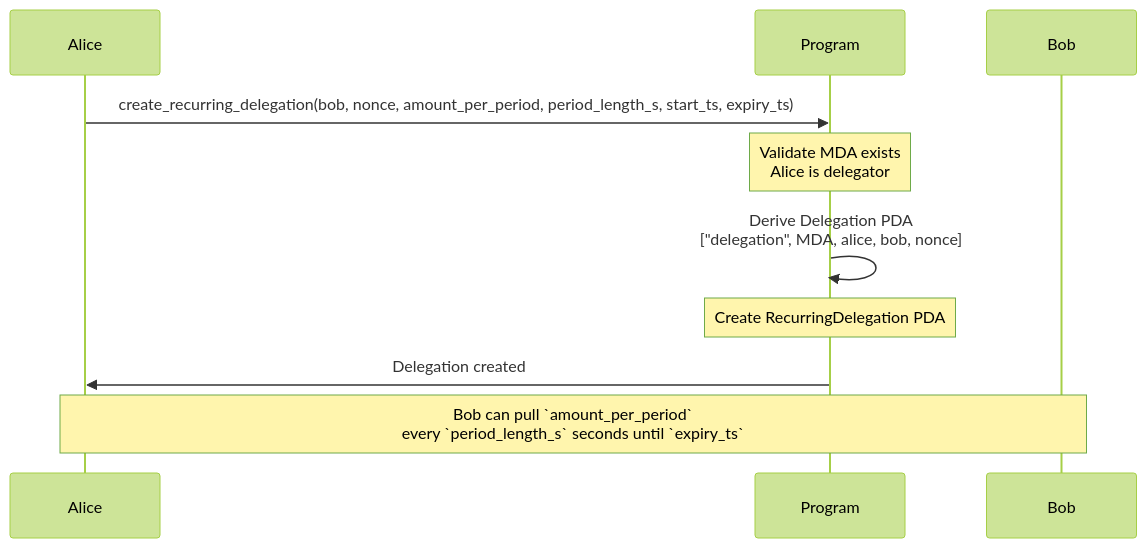
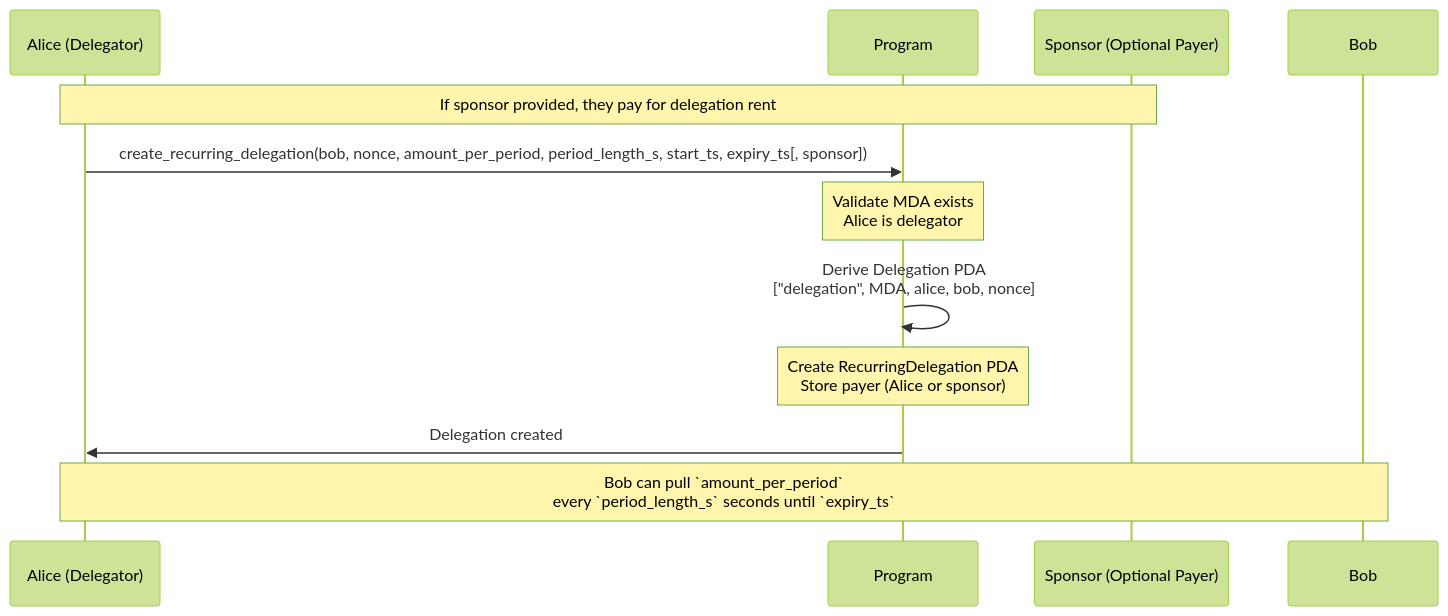
One commit to solana-program/multi-delegator changed the fourth of 6 diagrams in docs/001-multi-delegator-architecture.md. Above: the diagram before and after it, drawn with Mermaid (forest theme). The commit also changed other lines of this file and 10 other files, not shown here.

````diff
--- a/docs/001-multi-delegator-architecture.md
+++ b/docs/001-multi-delegator-architecture.md
@@ -84,15 +87,18 @@
 ```mermaid
 sequenceDiagram
-    participant A as Alice
+    participant A as Alice (Delegator)
     participant P as Program
+    participant S as Sponsor (Optional Payer)
     participant B as Bob
 
-    A->>P: create_recurring_delegation(bob, nonce, amount_per_period, period_length_s, start_ts, expiry_ts)
+    Note over A,S: If sponsor provided, they pay for delegation rent
+
+    A->>P: create_recurring_delegation(bob, nonce, amount_per_period, period_length_s, start_ts, expiry_ts[, sponsor])
     Note over P: Validate MDA exists<br/>Alice is delegator
 
     P->>P: Derive Delegation PDA<br/>["delegation", MDA, alice, bob, nonce]
-    Note over P: Create RecurringDelegation PDA
+    Note over P: Create RecurringDelegation PDA<br/>Store payer (Alice or sponsor)
     P->>A: Delegation created
 
     Note over A,B: Bob can pull `amount_per_period`<br/>every `period_length_s` seconds until `expiry_ts`
 ```
````
